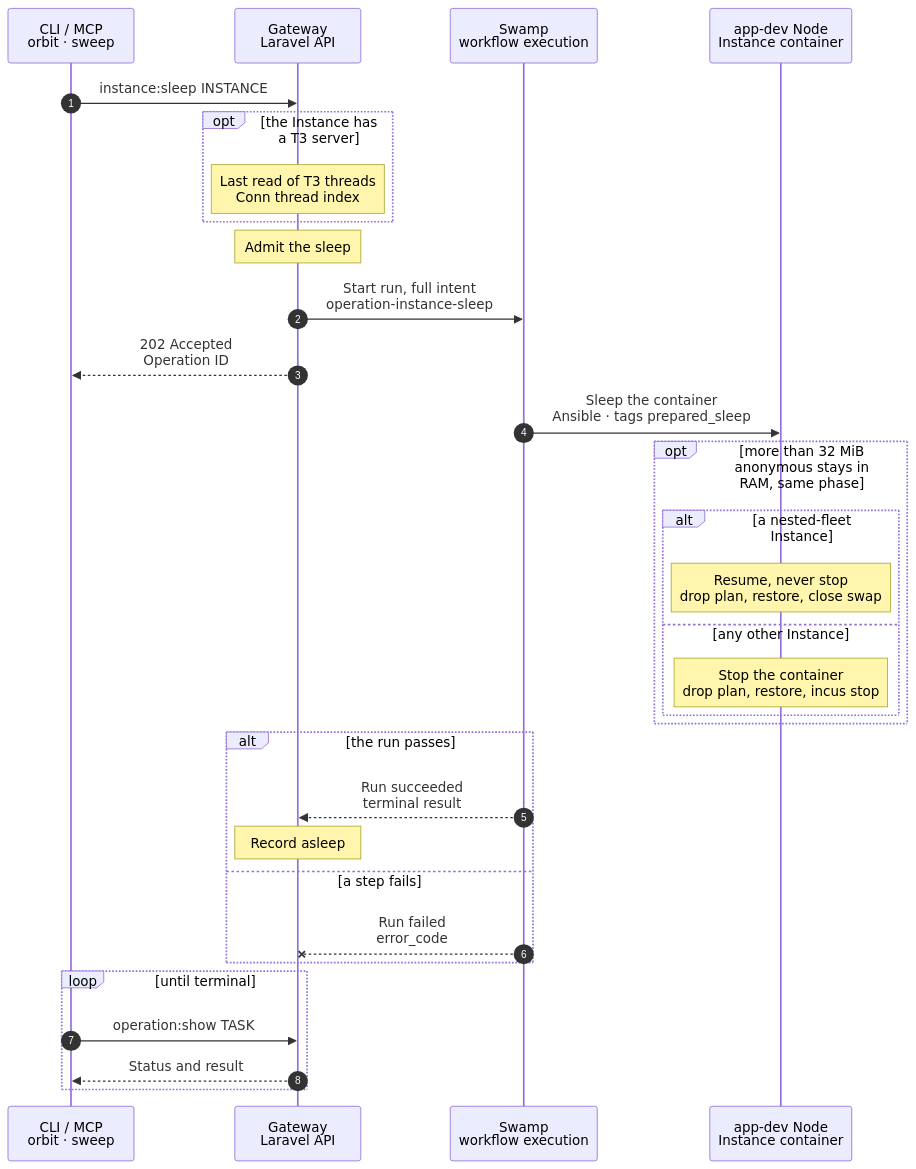
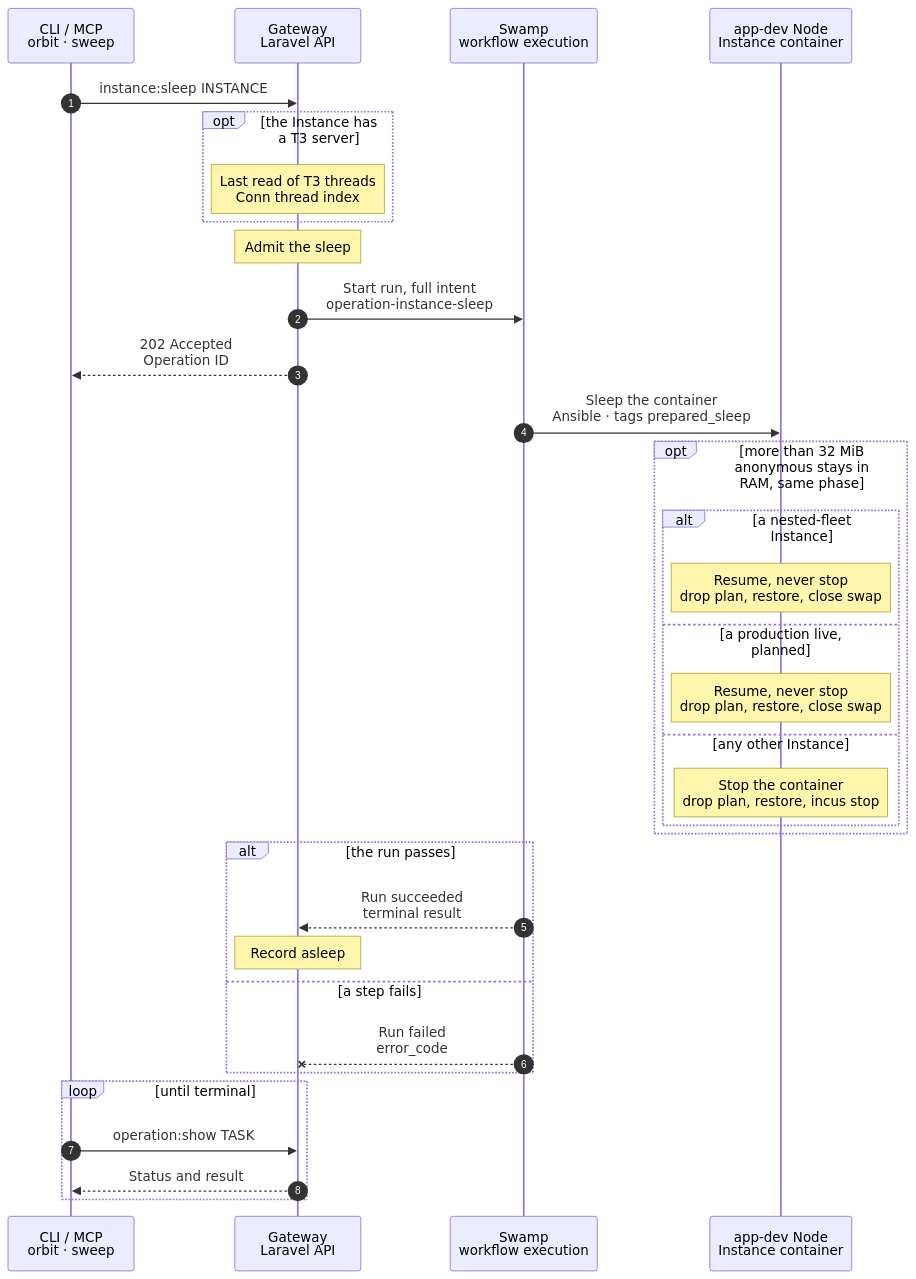
The diagram in docs/cli/instance/sleep.mmd (hardimpactdev/orbit), drawn with Mermaid before and after one commit. The commit also changed 1 other file, not shown here.

Commit message:
docs(charts): sleep and wake charts gain the planned production live branch

```diff
--- a/docs/cli/instance/sleep.mmd
+++ b/docs/cli/instance/sleep.mmd
@@ -1,100 +1,111 @@
 sequenceDiagram
-  %% Container runtime (ADR 0250 step 8, ADR 0261, docs/reference/development-containers.md#sleep-and-wake, docs/reference/prepared-restore.md): freeze a development container, record the pages its processes had resident, move its memory to swap and leave its Route on the wake page. Defaults and nested-fleet Instances sleep under the same rule as clones (owner decision 2026-11-14). The hibernation sweep admits the same kind after an idle hour; the command admits it at once.
+  %% Container runtime (ADR 0250 step 8, ADR 0261, docs/reference/development-containers.md#sleep-and-wake, docs/reference/prepared-restore.md): freeze a development container, record the pages its processes had resident, move its memory to swap and leave its Route on the wake page. Defaults and nested-fleet Instances sleep under the same rule as clones (owner decision 2026-11-14). The hibernation sweep admits the same kind after an idle hour; the command admits it at once. Planned (ADR 0265, docs/reference/production-containers.md#sleep-and-wake): a production Instance's live release container sleeps by the same rule on its app-prod Node, and never takes the stop.
   %% status: draft
   %% command: instance:sleep
   %% kind: instance.sleep
   autonumber
   %% lane CLI icon=terminal pill=caller tone=gray
   %% lane GW icon=gateway pill=intent tone=blue
   %% lane SW icon=workflow pill=executes tone=green
   %% lane N icon=server pill=target tone=amber
   participant CLI as CLI / MCP<br/>orbit · sweep
   participant GW as Gateway<br/>Laravel API
   participant SW as Swamp<br/>workflow execution
   participant N as app-dev Node<br/>Instance container
   CLI->>GW: instance:sleep INSTANCE
   %%> Command:
   %%> - `orbit instance:sleep INSTANCE`
   %%> - syntax: `<instance-id> [--json]`
   %%> Callers:
   %%> - the command, at once
   %%> - the idle sleep of the runtime hibernator, every 10 min, after it read no HTTP, wake or deployment activity for an hour and, for an Instance with a T3 server, no T3 activity and no running turn (docs/reference/development-containers.md#sleep-and-wake)
+  %%> - planned: the same sweep and command for a production Instance; they act on its live release container, which has no T3 server
   opt the Instance has a T3 server
     Note over GW: Last read of T3 threads<br/>Conn thread index
     %%> When:
     %%> - after the refusals and the replay of a repeated request, before the Instance lock; within 3 seconds
     %%> - only while Conn and its index switch `ORBIT_CONN_THREAD_INDEX_POLL` are on; the sleep setting does not matter
     %%> - a default has no T3 server: nothing to read
     %%> What it does:
     %%> - reads the container T3 server's threads once more, so the index keeps them while the Instance sleeps (docs/reference/conn.md#thread-index)
     %%> On failure:
     %%> - the index keeps its earlier rows; the sleep goes on
   end
   Note over GW: Admit the sleep
   %%> When:
   %%> - an active development container, a default and a nested-fleet Instance included; take the Instance lock
+  %%> - planned: a production Instance's live release container; hot and old are never admitted, and the sweep reports `not_live` for them; an open deploy or rollback keeps the Instance awake (`busy`)
   %%> On failure:
   %%> - no container, a non-development Instance, an active task or lifecycle work starts no run
+  %%> - planned: the reason `not_development` goes; a production Instance is admitted for its live only
   GW->>SW: Start run, full intent<br/>operation-instance-sleep
   GW-->>CLI: 202 Accepted<br/>Operation ID
   SW->>N: Sleep the container<br/>Ansible · tags prepared_sleep
   %%> What it does:
   %%> - one phase: first installs the power helper from this commit when it differs and probes it, so a failed install changes nothing a visitor sees
   %%> - checks that Caddy's loaded site of the Instance has the asleep rule, else `instance.sleep_route_unready`; an Instance without a published Route has no site and nothing to check; the intent's `route` says which
   %%> - writes the asleep marker, so each request from now on gets the wake page
   %%> - runs `orbit-instance-power prepare` as the unit `orbit-instance-power-<id>`, the Instance's lock; a busy lock is retried 0.25 s apart, 40 times
   %%> - prepare reads the state from Incus first; running: removes the earlier plan and `sleep.json`, writes `max` to `memory.swap.max` of every cgroup of the subtree that holds 0 and records them in `limits.json` before the pause; `incus pause`
   %%> - prepare, frozen: lists `cgroup.procs` of the whole subtree, every process alike, and records each one's identity and the resident pages of its readable mappings; publishes the plan atomically; one `memory.reclaim`
   %%> - then runs `orbit-instance-power residual` until anonymous and file memory are 0, 20 calls 0.1 s apart, through the same call and busy rule as `prepare`; each call reads `memory.stat` once and stores it in `sleep.json`; the last one is what stays in RAM
   %%> - a frozen container stays as it is, keeps its plan for the next wake and reports the earlier sleep's result from `sleep.json`; a stopped one stays stopped, its old plan is discarded, `not_applicable`
   %%> - a busy lock is only systemd's `UnitExists` refusal; a helper crash fails the phase with `instance.power_helper_failed`, never retried
   %%> - a nested-fleet Instance gets no plan: `skipped`, `placement_unproven`
   %%> Why:
   %%> - one phase: each Ansible start costs about 4 s
   %%> - the marker comes before the freeze: a request during the freeze gets the wake page, not a hang
   %%> - the plan is taken frozen, so it is exact; the reclaim follows it, so nothing stays in RAM by design
   %%> - with only the outer cgroup open, 1,531 MiB of a nested default stayed in RAM: a cgroup with 0 keeps its pages
   %%> Not included:
   %%> - no HTTP request, no command in the container, no app file read, no route or process-name choice
   %%> On failure:
   %%> - a capture that is unsupported, too large (docs/reference/prepared-restore.md#bounds) or too slow leaves no plan; the sleep goes on, `skipped` with its reason
   %%> - a failed swap write or pause closes each limit it opened and removes the marker, `instance.container_freeze_failed`; the container serves as before
   opt more than 32 MiB anonymous stays in RAM, same phase
     alt a nested-fleet Instance
       Note over N: Resume, never stop<br/>drop plan, restore, close swap
       %%> Why:
       %%> - a stop loses the Club key in /run and the tunnel `wg-nested`; only a deployment or a start gives them back
       %%> Result:
       %%> - the container runs again, swap closes on each cgroup the freeze opened, the marker goes; the run fails `instance.container_freeze_failed`
       %%> - the Instance serves as before; free swap and run the command again
+    else a production live, planned
+      Note over N: Resume, never stop<br/>drop plan, restore, close swap
+      %%> Why:
+      %%> - a stopped live would cold-boot its Processes and timers at the next visit (ADR 0265)
+      %%> Result:
+      %%> - live runs again, swap closes on each cgroup the freeze opened, the marker goes; the run fails `instance.container_freeze_failed`
+      %%> - the sweep keeps live awake for one idle window with `swap_full`
     else any other Instance
       Note over N: Stop the container<br/>drop plan, restore, incus stop
       %%> Why:
       %%> - swap is full; a frozen container would hold RAM, which a sleep exists to free
       %%> Result:
       %%> - `sleep: stopped`; `discard --plan-only` dropped the plan before the resume, so no prefetch ran while swap is full; `skipped`, `stopped`; the next wake boots it behind the same marker
       %%> On failure:
       %%> - the resumed container runs: swap closes again, the marker goes, `instance.container_freeze_failed`
     end
   end
   alt the run passes
     %% path: main
     SW-->>GW: Run succeeded<br/>terminal result
     Note over GW: Record asleep
     %%> Result:
     %%> - the runtime's `power_state` is `stopped` for a frozen and a stopped container; the result says `sleep: frozen` or `sleep: stopped`, and `swap_subtree`, the number of inner cgroups the freeze opened
     %%> - `prepared_restore`: `ready` with the plan's processes, bytes and `prepare_seconds`, or `unsupported`, `skipped` or `not_applicable` with a reason; `residual_anon_bytes` and `residual_file_bytes` from the last read
     %%> - `t3_turn` is `idle` when the idle sleep read T3 first, `no_server` for an Instance without a T3 server, whoever started the sleep, and `not_checked` for the command
     %%> - the Conn layer shows its T3 server asleep; the hourly renewal skips it
+    %%> - planned, a production live: Caddy holds each request that meets the marker while the wake runs (wake.mmd); live's swap opened for the sleep, and a running live never swaps
   else a step fails
     %% path: failed
     SW--xGW: Run failed<br/>error_code
     %%> Result:
     %%> - `power_state` stays as it was. A marker left on a running container is harmless: the next request wakes the Instance, which removes it
     %%> Retry:
     %%> - the same command again
   end
   loop until terminal
     CLI->>GW: operation:show TASK
     GW-->>CLI: Status and result
   end
```
